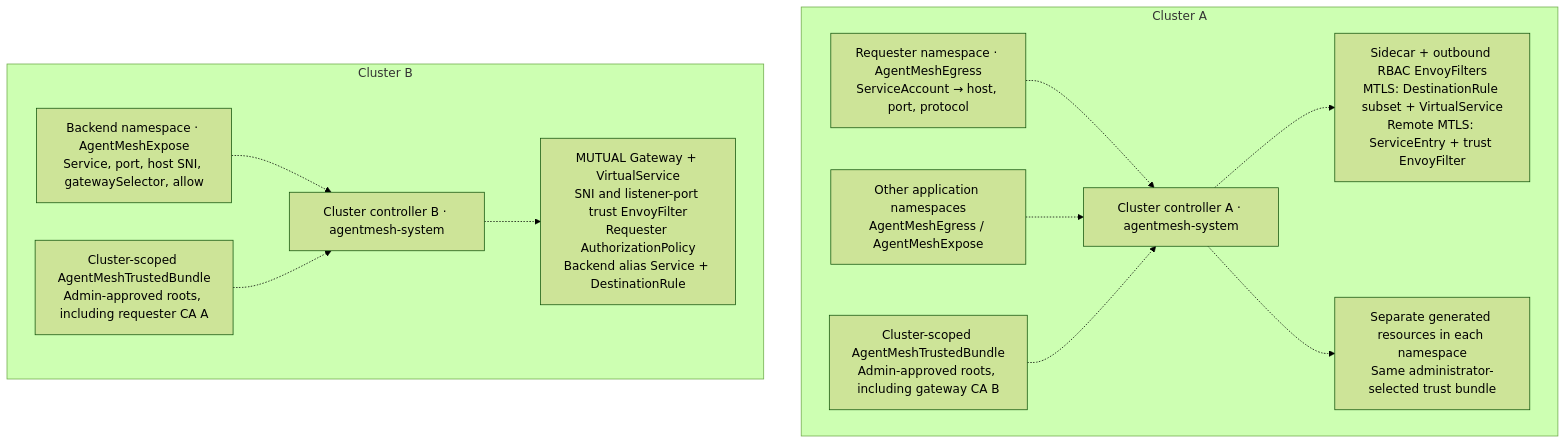
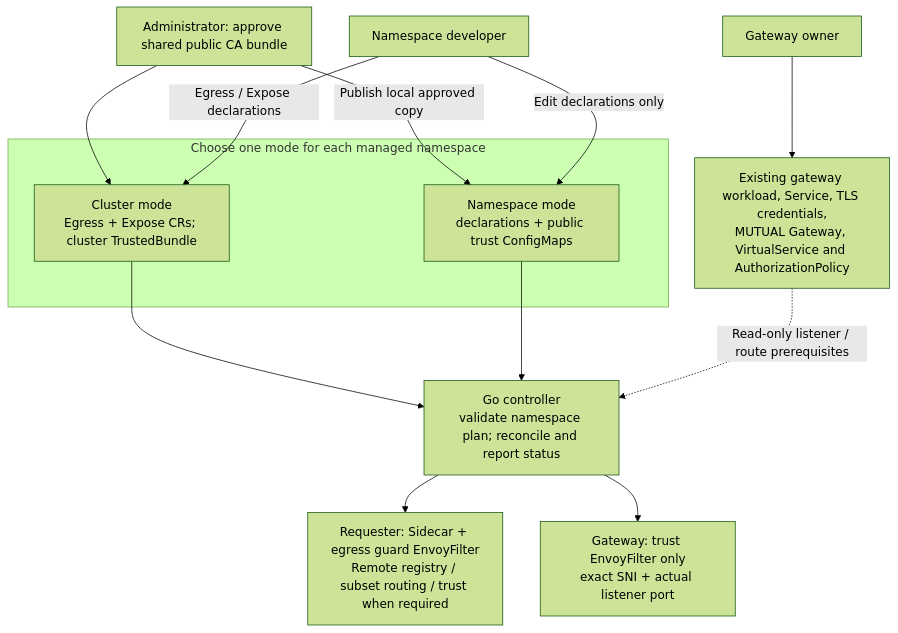
The first of 2 diagrams in README.md (newtonguass/ai_agent_mesh), drawn with Mermaid (forest theme) before and after one commit. The commit also changed other lines of this file and 45 other files, not shown here.

First line of the commit message:
Add Go controller modes and trust-only gateway exposure

````diff
--- a/README.md
+++ b/README.md
@@ -48,24 +32,19 @@
 ```mermaid
 flowchart TB
-    subgraph requester["Cluster A"]
-        E["Requester namespace · AgentMeshEgress<br/>ServiceAccount → host, port, protocol"]
-        E2["Other application namespaces<br/>AgentMeshEgress / AgentMeshExpose"]
-        TA["Cluster-scoped AgentMeshTrustedBundle<br/>Admin-approved roots, including gateway CA B"]
-        CA["Cluster controller A · agentmesh-system"]
-        OUT["Sidecar + outbound RBAC EnvoyFilters<br/>MTLS: DestinationRule subset + VirtualService<br/>Remote MTLS: ServiceEntry + trust EnvoyFilter"]
-        E -.-> CA
-        E2 -.-> CA
-        TA -.-> CA
-        CA -.-> OUT
-        CA -.-> O2["Separate generated resources in each namespace<br/>Same administrator-selected trust bundle"]
+    Admin["Administrator: approve shared public CA bundle"]
+    Dev["Namespace developer"]
+    subgraph Inputs["Choose one mode for each managed namespace"]
+      CR["Cluster mode<br/>Egress + Expose CRs; cluster TrustedBundle"]
+      CM["Namespace mode<br/>declarations + public trust ConfigMaps"]
     end
-    subgraph destination["Cluster B"]
-        X["Backend namespace · AgentMeshExpose<br/>Service, port, host SNI, gatewaySelector, allow"]
-        TB["Cluster-scoped AgentMeshTrustedBundle<br/>Admin-approved roots, including requester CA A"]
-        CB["Cluster controller B · agentmesh-system"]
-        IN["MUTUAL Gateway + VirtualService<br/>SNI and listener-port trust EnvoyFilter<br/>Requester AuthorizationPolicy<br/>Backend alias Service + DestinationRule"]
-        X -.-> CB
-        TB -.-> CB
-        CB -.-> IN
-    end
+    Admin --> CR
+    Admin -->|"Publish local approved copy"| CM
+    Dev -->|"Egress / Expose declarations"| CR
+    Dev -->|"Edit declarations only"| CM
+    CR --> Go["Go controller<br/>validate namespace plan; reconcile and report status"]
+    CM --> Go
+    Go --> Egress["Requester: Sidecar + egress guard EnvoyFilter<br/>Remote registry / subset routing / trust when required"]
+    Go --> Trust["Gateway: trust EnvoyFilter only<br/>exact SNI + actual listener port"]
+    Owner["Gateway owner"] --> Existing["Existing gateway workload, Service, TLS credentials,<br/>MUTUAL Gateway, VirtualService and AuthorizationPolicy"]
+    Existing -.->|"Read-only listener / route prerequisites"| Go
 ```
````
